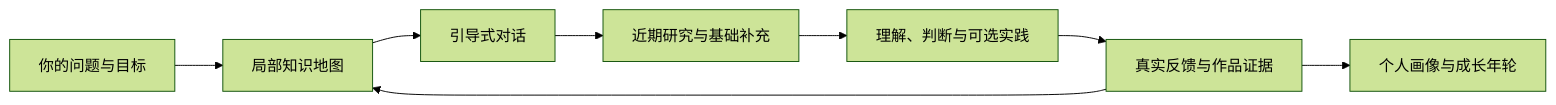
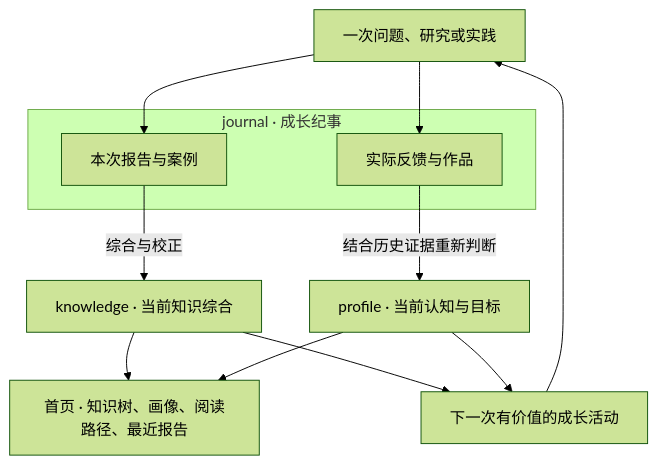
The diagram in i18n/README.zh-CN.md (zakerror/cognirings), drawn with Mermaid (forest theme) before and after one commit. The commit also changed other lines of this file and 13 other files, not shown here.

Commit message:
feat: rebuild mentoring archives around knowledge profile and journal

````diff
--- a/i18n/README.zh-CN.md
+++ b/i18n/README.zh-CN.md
@@ -29,10 +57,21 @@
 ```mermaid
-flowchart LR
-    Q[你的问题与目标] --> M[局部知识地图]
-    M --> D[引导式对话]
-    D --> R[近期研究与基础补充]
-    R --> U[理解、判断与可选实践]
-    U --> F[真实反馈与作品证据]
-    F --> M
-    F --> A[个人画像与成长年轮]
+flowchart TB
+    A[一次问题、研究或实践]
+    subgraph J[journal · 成长纪事]
+        R[本次报告与案例]
+        F[实际反馈与作品]
+    end
+    K[knowledge · 当前知识综合]
+    P[profile · 当前认知与目标]
+    H[首页 · 知识树、画像、阅读路径、最近报告]
+    N[下一次有价值的成长活动]
+    A --> R
+    A --> F
+    R -->|综合与校正| K
+    F -->|结合历史证据重新判断| P
+    K --> H
+    P --> H
+    K --> N
+    P --> N
+    N --> A
 ```
````
